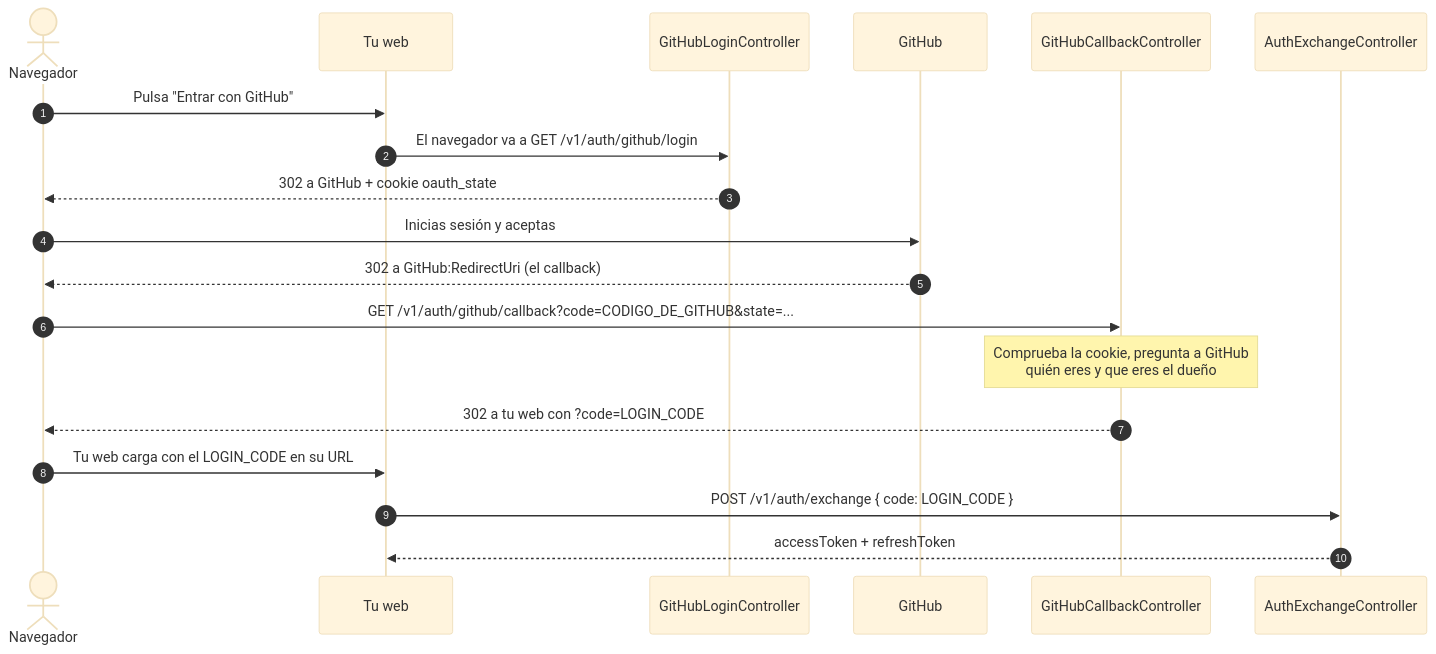
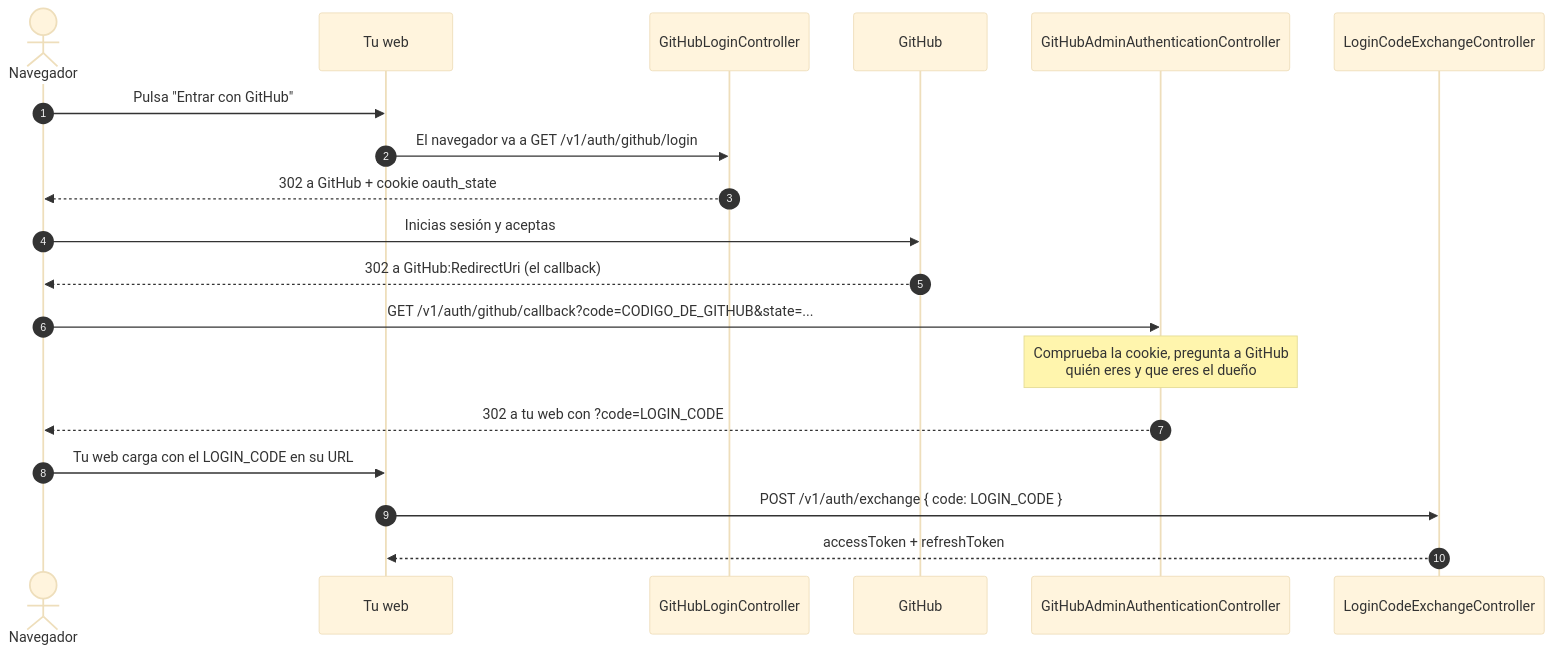
The diagram in docs/authentication.md (FernandoPerera/Portfolio.Api), drawn with Mermaid (base theme) before and after one commit. The commit also changed other lines of this file and 7 other files, not shown here.

Commit message:
refactor(auth): rename the GitHub callback pieces after what they do

````diff
--- a/docs/authentication.md
+++ b/docs/authentication.md
@@ -39,22 +39,22 @@
 ```mermaid
 sequenceDiagram
     autonumber
     actor N as Navegador
     participant W as Tu web
     participant L as GitHubLoginController
     participant G as GitHub
-    participant CB as GitHubCallbackController
-    participant EX as AuthExchangeController
+    participant CB as GitHubAdminAuthenticationController
+    participant EX as LoginCodeExchangeController
 
     N->>W: Pulsa "Entrar con GitHub"
     W->>L: El navegador va a GET /v1/auth/github/login
     L-->>N: 302 a GitHub + cookie oauth_state
     N->>G: Inicias sesión y aceptas
     G-->>N: 302 a GitHub:RedirectUri (el callback)
     N->>CB: GET /v1/auth/github/callback?code=CODIGO_DE_GITHUB&state=...
     Note over CB: Comprueba la cookie, pregunta a GitHub<br/>quién eres y que eres el dueño
     CB-->>N: 302 a tu web con ?code=LOGIN_CODE
     N->>W: Tu web carga con el LOGIN_CODE en su URL
     W->>EX: POST /v1/auth/exchange { code: LOGIN_CODE }
     EX-->>W: accessToken + refreshToken
 ```
````
